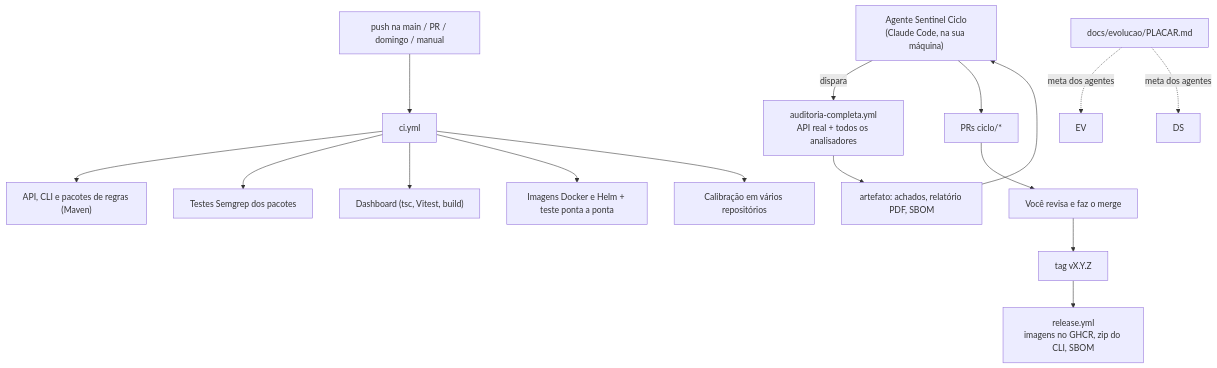
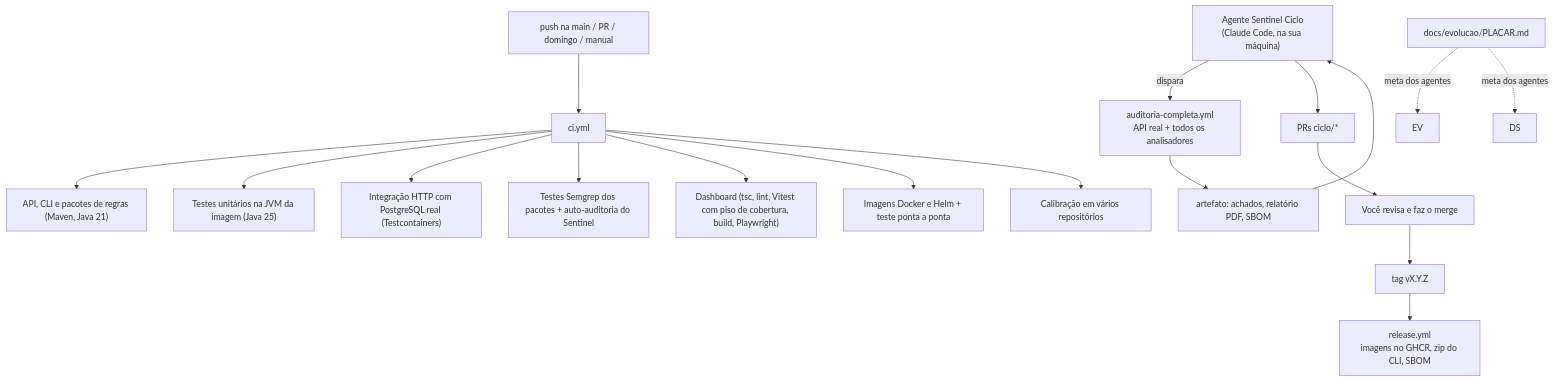
Diagram 14 of 14 in docs/arquitetura/ARQUITETURA.md (joaopaulosistemas/sentinel), drawn with Mermaid before and after one commit. The commit also changed other lines of this file and 226 other files, not shown here.

First line of the commit message:
fix: corrige achados da auditoria de regras e motores (com testes) (#228)

````diff
--- a/docs/arquitetura/ARQUITETURA.md
+++ b/docs/arquitetura/ARQUITETURA.md
@@ -595,17 +595,19 @@
 ```mermaid
 flowchart TB
     PUSH["push na main / PR / domingo / manual"] --> CI["ci.yml"]
-    CI --> J1["API, CLI e pacotes de regras (Maven)"]
-    CI --> J2["Testes Semgrep dos pacotes"]
-    CI --> J3["Dashboard (tsc, Vitest, build)"]
+    CI --> J1["API, CLI e pacotes de regras (Maven, Java 21)"]
+    CI --> J1b["Testes unitários na JVM da imagem (Java 25)"]
+    CI --> J1c["Integração HTTP com PostgreSQL real (Testcontainers)"]
+    CI --> J2["Testes Semgrep dos pacotes + auto-auditoria do Sentinel"]
+    CI --> J3["Dashboard (tsc, lint, Vitest com piso de cobertura, build, Playwright)"]
     CI --> J4["Imagens Docker e Helm + teste ponta a ponta"]
     CI --> J5["Calibração em vários repositórios"]
     AG["Agente Sentinel Ciclo\n(Claude Code, na sua máquina)"] -- "dispara" --> AC["auditoria-completa.yml\nAPI real + todos os analisadores"]
     AC --> ART["artefato: achados, relatório PDF, SBOM"]
     ART --> AG
     AG --> PRS["PRs ciclo/*"]
     PRS --> HUM["Você revisa e faz o merge"]
     HUM --> TAG["tag vX.Y.Z"] --> REL["release.yml\nimagens no GHCR, zip do CLI, SBOM"]
     PL["docs/evolucao/PLACAR.md"] -. "meta dos agentes" .-> EV
     PL -. "meta dos agentes" .-> DS
 ```
````
